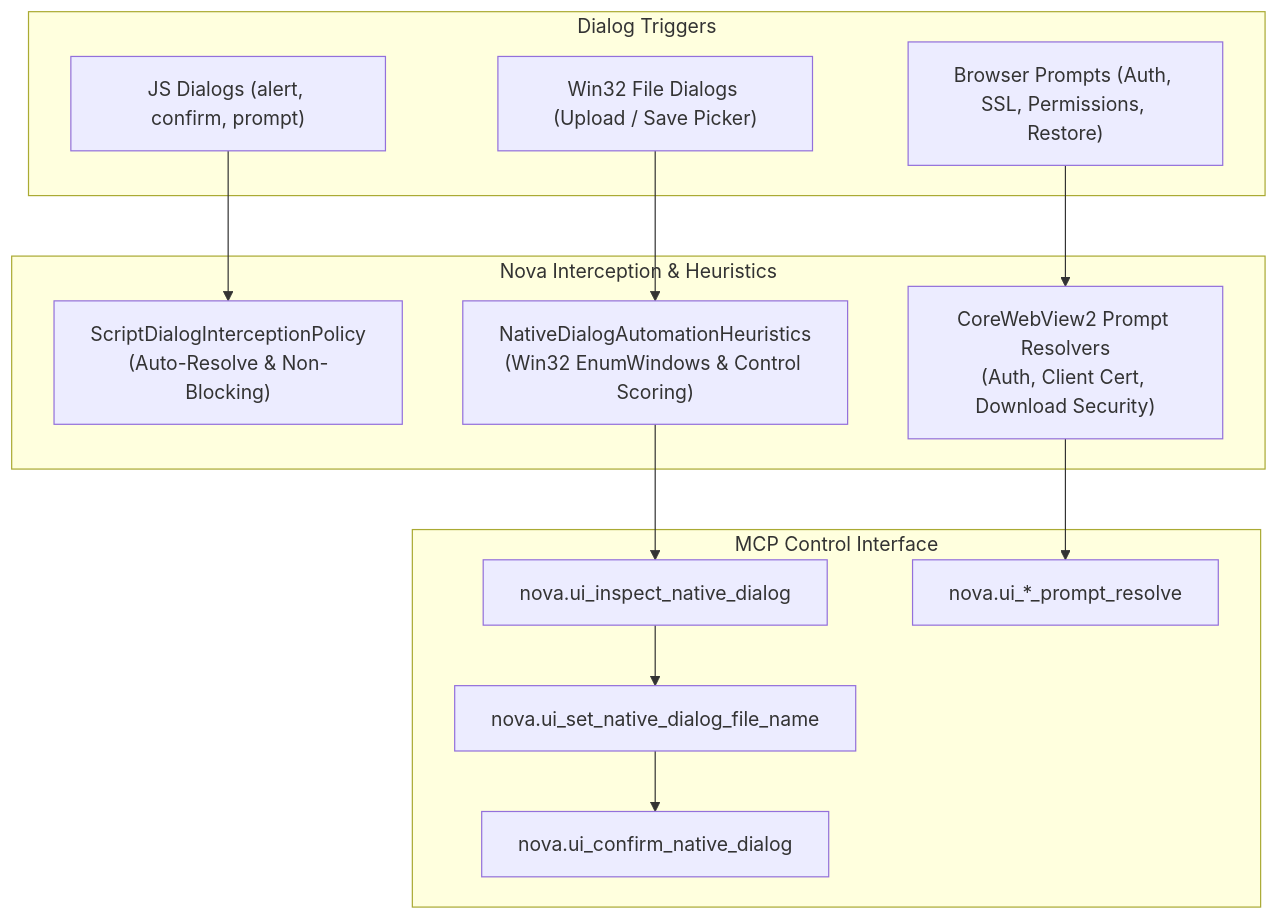
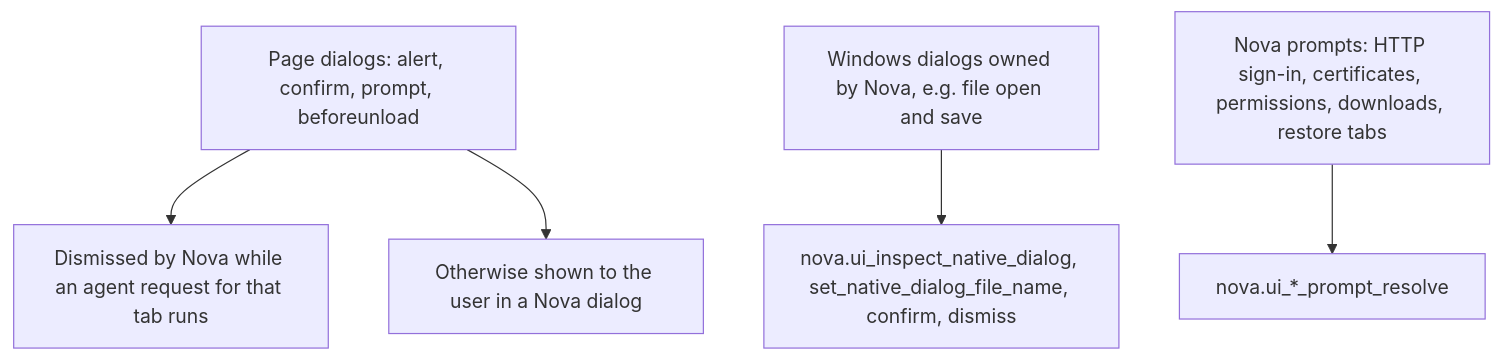
One commit to joelaniol/nova changed the diagram in docs/core-features/native-dialogs-and-prompts.md. Above: the diagram before and after it, drawn with Mermaid. The commit also changed other lines of this file and 495 other files, not shown here.

````diff
--- a/docs/core-features/native-dialogs-and-prompts.md
+++ b/docs/core-features/native-dialogs-and-prompts.md
@@ -21,32 +18,7 @@
 ```mermaid
 flowchart TD
-    subgraph TriggerLayer["Dialog Triggers"]
-        DOMTrigger["JS Dialogs (alert, confirm, prompt)"]
-        FileTrigger["Win32 File Dialogs (Upload / Save Picker)"]
-        SecurityTrigger["Browser Prompts (Auth, SSL, Permissions, Restore)"]
-    end
-
-    subgraph InterceptionLayer["Nova Interception & Heuristics"]
-        ScriptPolicy["ScriptDialogInterceptionPolicy
-(Auto-Resolve & Non-Blocking)"]
-        NativeHeuristics["NativeDialogAutomationHeuristics
-(Win32 EnumWindows & Control Scoring)"]
-        PromptResolver["CoreWebView2 Prompt Resolvers
-(Auth, Client Cert, Download Security)"]
-    end
-
-    subgraph MCPTools["MCP Control Interface"]
-        Inspect["nova.ui_inspect_native_dialog"]
-        Confirm["nova.ui_confirm_native_dialog"]
-        SetFile["nova.ui_set_native_dialog_file_name"]
-        ResolvePrompt["nova.ui_*_prompt_resolve"]
-    end
-
-    DOMTrigger --> ScriptPolicy
-    FileTrigger --> NativeHeuristics
-    SecurityTrigger --> PromptResolver
-    NativeHeuristics --> Inspect
-    Inspect --> SetFile
-    SetFile --> Confirm
-    PromptResolver --> ResolvePrompt
+    JS["Page dialogs: alert, confirm, prompt, beforeunload"] --> Auto["Dismissed by Nova while an agent request for that tab runs"]
+    JS --> UserDialog["Otherwise shown to the user in a Nova dialog"]
+    Win["Windows dialogs owned by Nova, e.g. file open and save"] --> NativeTools["nova.ui_inspect_native_dialog, set_native_dialog_file_name, confirm, dismiss"]
+    Prompts["Nova prompts: HTTP sign-in, certificates, permissions, downloads, restore tabs"] --> Resolvers["nova.ui_*_prompt_resolve"]
 ```
````
